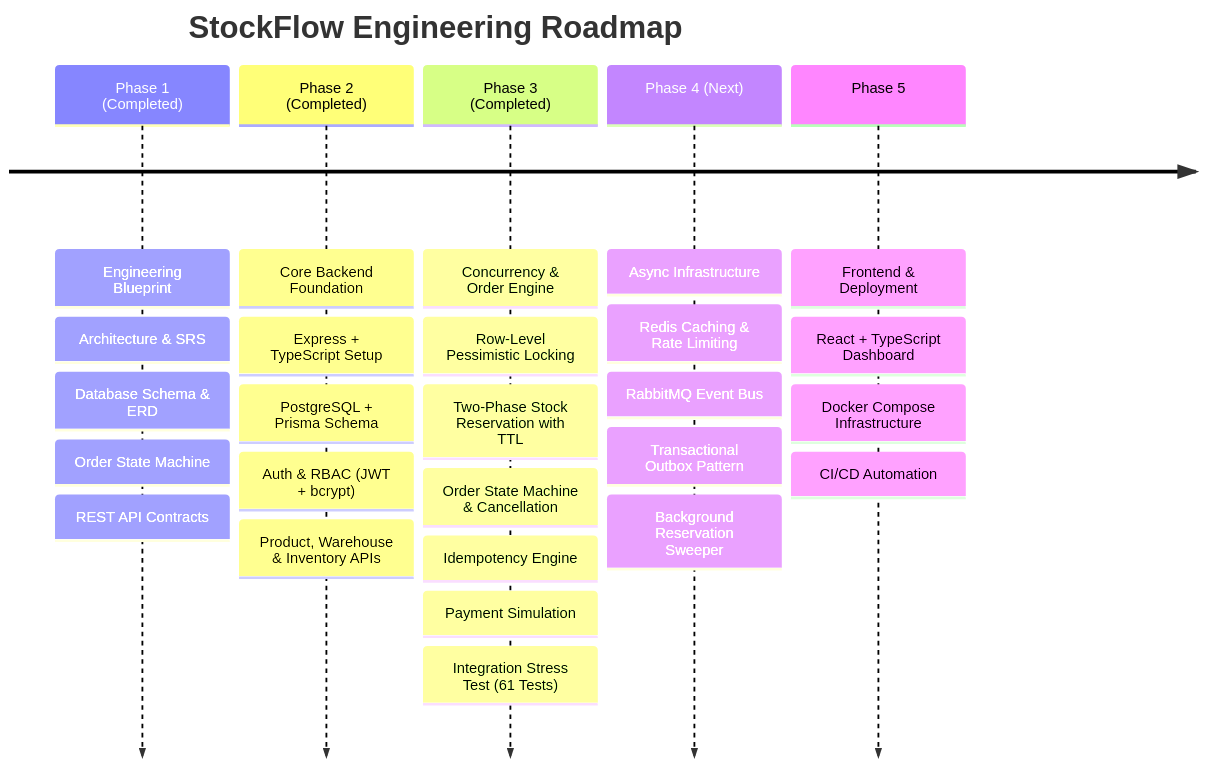
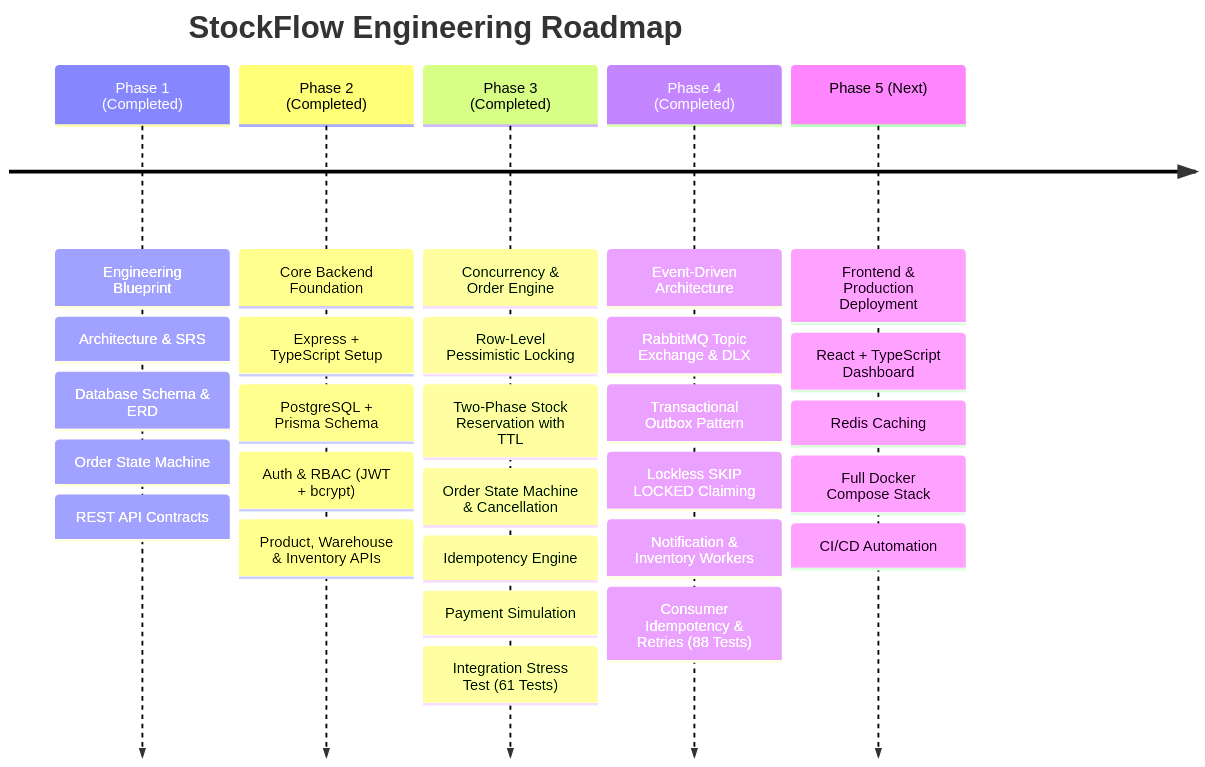
One commit to Sankalp13353/STOCK_FLOW changed the diagram in README.md. Above: the diagram before and after it, drawn with Mermaid. The commit also changed other lines of this file and 29 other files, not shown here.

````diff
--- a/README.md
+++ b/README.md
@@ -39,9 +42,9 @@
 ```mermaid
 timeline
     title StockFlow Engineering Roadmap
     Phase 1 (Completed) : Engineering Blueprint : Architecture & SRS : Database Schema & ERD : Order State Machine : REST API Contracts
     Phase 2 (Completed) : Core Backend Foundation : Express + TypeScript Setup : PostgreSQL + Prisma Schema : Auth & RBAC (JWT + bcrypt) : Product, Warehouse & Inventory APIs
     Phase 3 (Completed) : Concurrency & Order Engine : Row-Level Pessimistic Locking : Two-Phase Stock Reservation with TTL : Order State Machine & Cancellation : Idempotency Engine : Payment Simulation : Integration Stress Test (61 Tests)
-    Phase 4 (Next) : Async Infrastructure : Redis Caching & Rate Limiting : RabbitMQ Event Bus : Transactional Outbox Pattern : Background Reservation Sweeper
-    Phase 5 : Frontend & Deployment : React + TypeScript Dashboard : Docker Compose Infrastructure : CI/CD Automation
+    Phase 4 (Completed) : Event-Driven Architecture : RabbitMQ Topic Exchange & DLX : Transactional Outbox Pattern : Lockless SKIP LOCKED Claiming : Notification & Inventory Workers : Consumer Idempotency & Retries (88 Tests)
+    Phase 5 (Next) : Frontend & Production Deployment : React + TypeScript Dashboard : Redis Caching : Full Docker Compose Stack : CI/CD Automation
 ```
````
